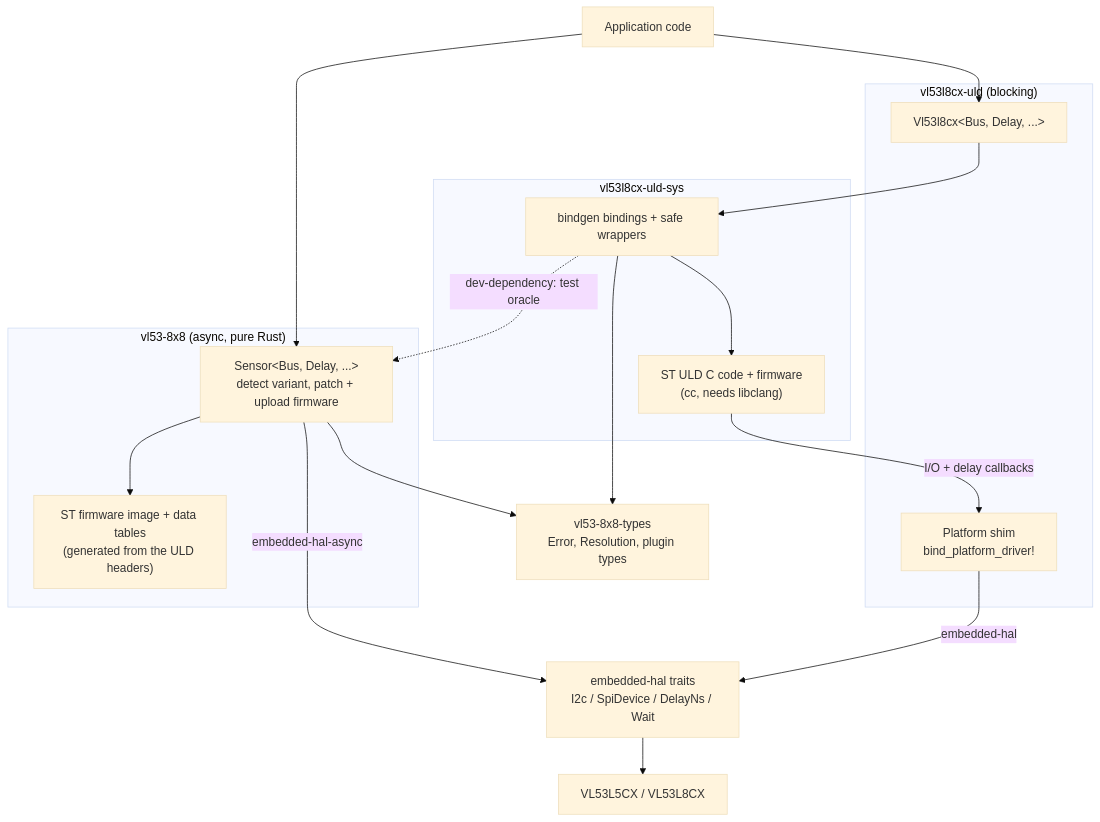
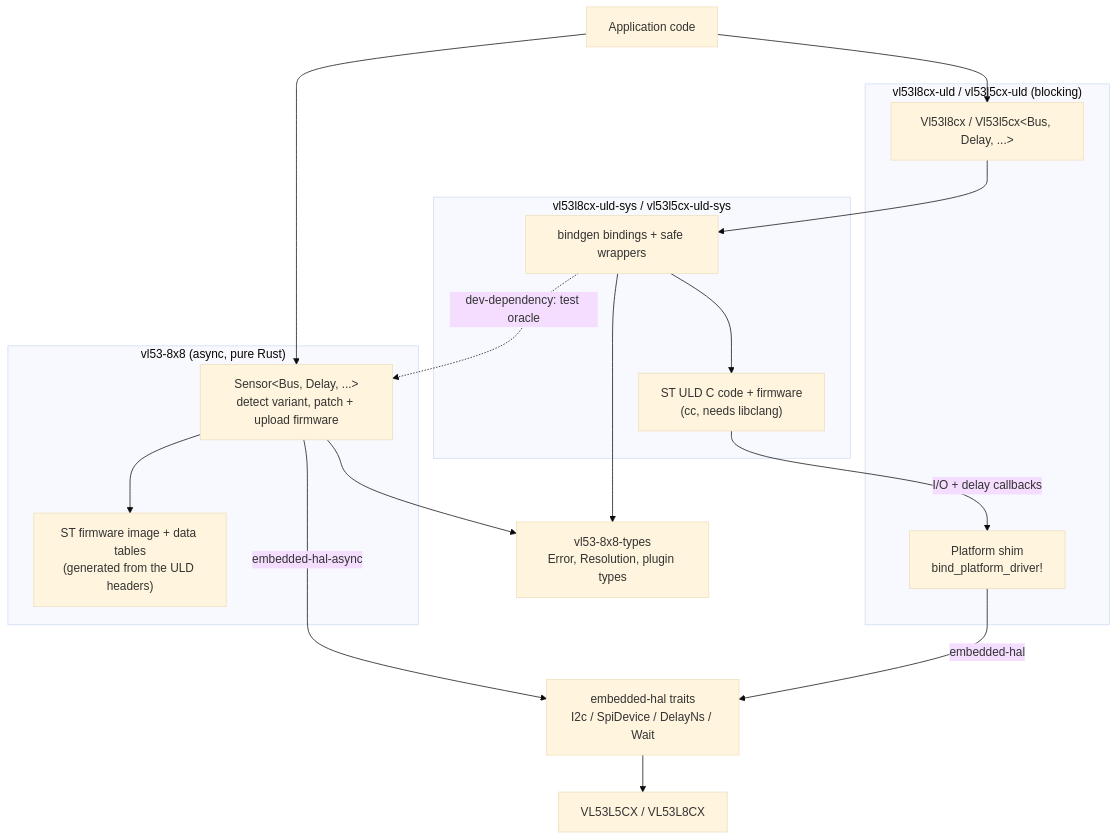
The diagram in README.md (petegibson/vl53-8x8-rs), drawn with Mermaid (base theme) before and after one commit. The commit also changed other lines of this file and 9 other files, not shown here.

Commit message:
README rewritten for newcomers (what/platforms/usage/footprint/verification, AI-authorship note, L5 wrapper); publish vl53l5cx-uld and -sys (metadata, no publish=false); repository URL on all six crates; print_footprint test

````diff
--- a/README.md
+++ b/README.md
@@ -142,33 +224,33 @@
 ```mermaid
 graph TD;
     UserApp[Application code]
 
     subgraph "vl53-8x8 (async, pure Rust)"
         AsyncApi["Sensor&lt;Bus, Delay, ...&gt;<br/>detect variant, patch + upload firmware"]
         Tables["ST firmware image + data tables<br/>(generated from the ULD headers)"]
     end
 
-    subgraph "vl53l8cx-uld (blocking)"
-        BlockingApi["Vl53l8cx&lt;Bus, Delay, ...&gt;"]
+    subgraph "vl53l8cx-uld / vl53l5cx-uld (blocking)"
+        BlockingApi["Vl53l8cx / Vl53l5cx&lt;Bus, Delay, ...&gt;"]
         PlatformShim["Platform shim<br/>bind_platform_driver!"]
     end
 
-    subgraph "vl53l8cx-uld-sys"
+    subgraph "vl53l8cx-uld-sys / vl53l5cx-uld-sys"
         Bindings["bindgen bindings + safe wrappers"]
         ULD["ST ULD C code + firmware<br/>(cc, needs libclang)"]
     end
 
     Types["vl53-8x8-types<br/>Error, Resolution, plugin types"]
 
     UserApp --> AsyncApi
     UserApp --> BlockingApi
     AsyncApi --> Tables
     AsyncApi --> Types
     BlockingApi --> Bindings --> ULD
     ULD -- "I/O + delay callbacks" --> PlatformShim
     Bindings --> Types
     AsyncApi -- "embedded-hal-async" --> HAL["embedded-hal traits<br/>I2c / SpiDevice / DelayNs / Wait"]
     PlatformShim -- "embedded-hal" --> HAL
     HAL --> Hardware["VL53L5CX / VL53L8CX"]
     Bindings -. "dev-dependency: test oracle" .-> AsyncApi
 ```
````
